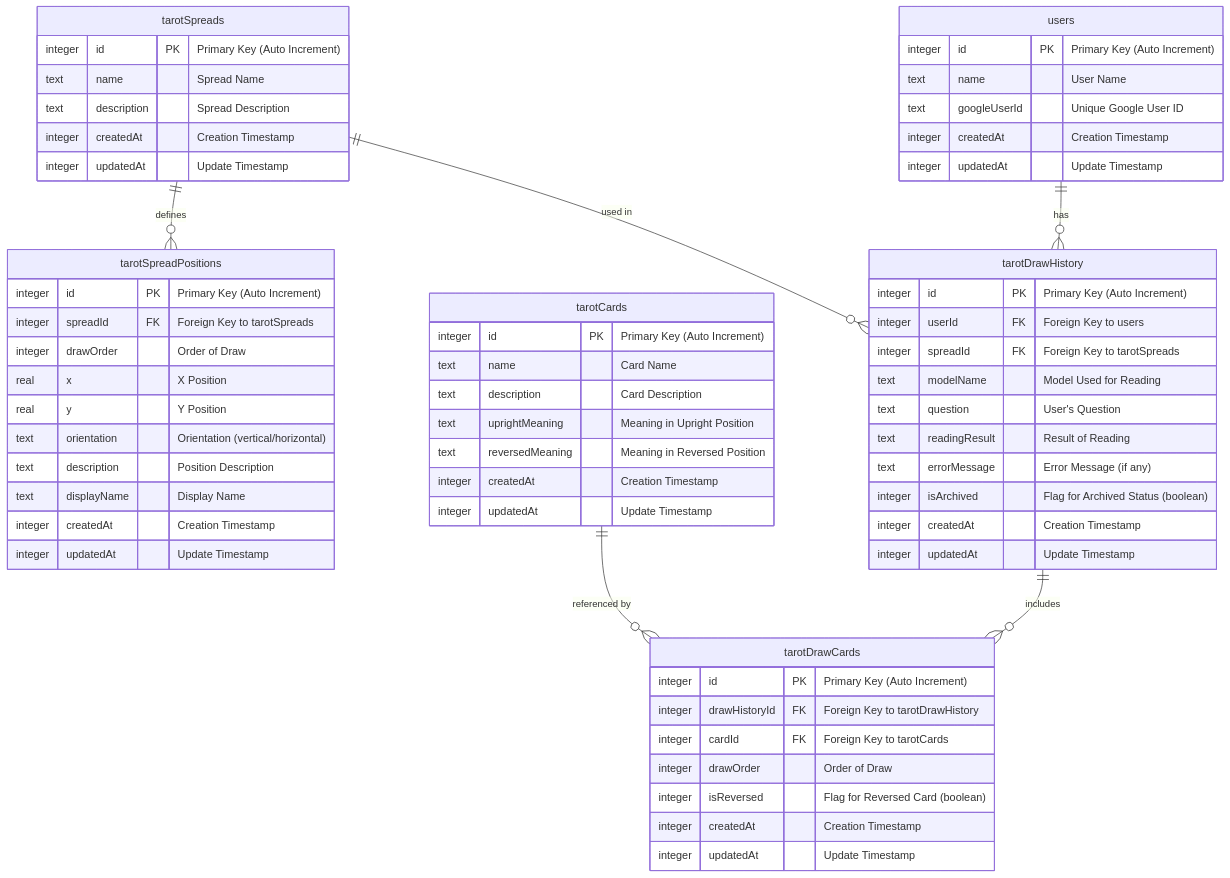
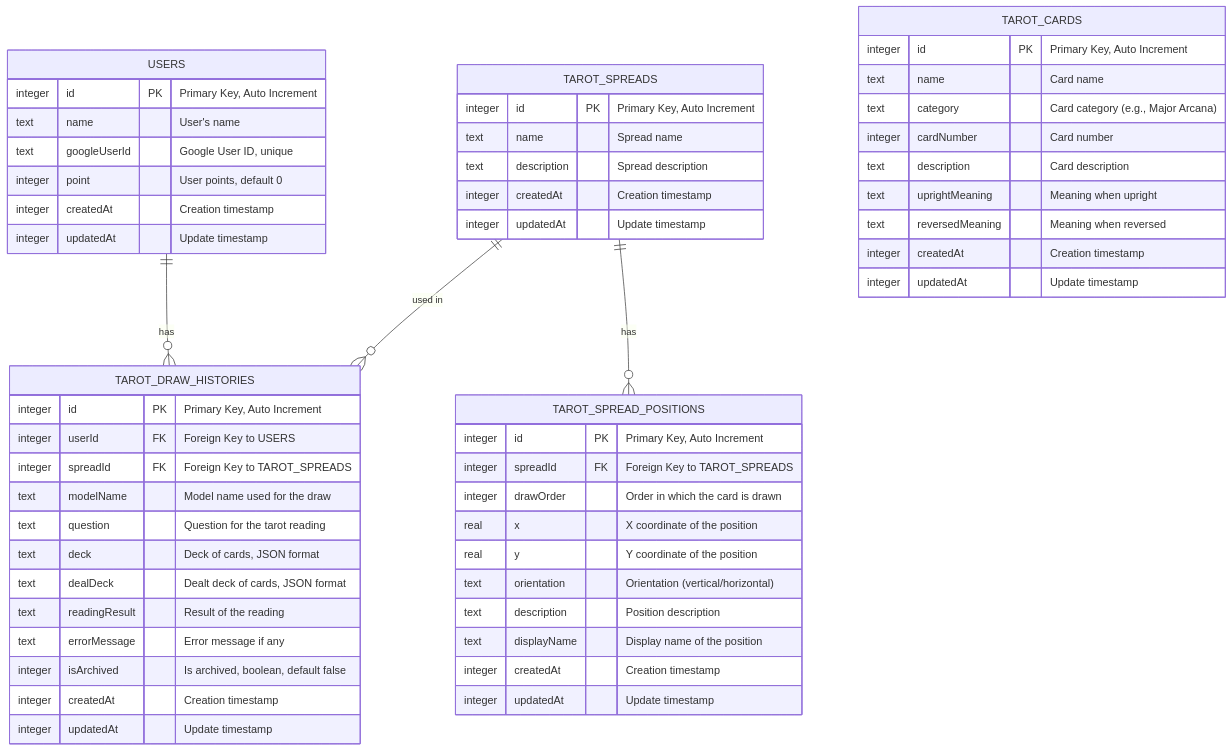
One commit to himanushi/ai-tarot changed the diagram in README.md. Above: the diagram before and after it, drawn with Mermaid. The commit also changed 1 other file, not shown here.

Commit message:
データベーススキーマの更新と修正

````diff
--- a/README.md
+++ b/README.md
@@ -1,72 +1,63 @@
 ```mermaid
 erDiagram
-    users {
-        integer id PK "Primary Key (Auto Increment)"
-        text name "User Name"
-        text googleUserId "Unique Google User ID"
-        integer createdAt "Creation Timestamp"
-        integer updatedAt "Update Timestamp"
+    USERS {
+        integer id PK "Primary Key, Auto Increment"
+        text name "User's name"
+        text googleUserId "Google User ID, unique"
+        integer point "User points, default 0"
+        integer createdAt "Creation timestamp"
+        integer updatedAt "Update timestamp"
     }
 
-    tarotSpreads {
-        integer id PK "Primary Key (Auto Increment)"
-        text name "Spread Name"
-        text description "Spread Description"
-        integer createdAt "Creation Timestamp"
-        integer updatedAt "Update Timestamp"
+    TAROT_SPREADS {
+        integer id PK "Primary Key, Auto Increment"
+        text name "Spread name"
+        text description "Spread description"
+        integer createdAt "Creation timestamp"
+        integer updatedAt "Update timestamp"
     }
 
-    tarotSpreadPositions {
-        integer id PK "Primary Key (Auto Increment)"
-        integer spreadId FK "Foreign Key to tarotSpreads"
-        integer drawOrder "Order of Draw"
-        real x "X Position"
-        real y "Y Position"
+    TAROT_SPREAD_POSITIONS {
+        integer id PK "Primary Key, Auto Increment"
+        integer spreadId FK "Foreign Key to TAROT_SPREADS"
+        integer drawOrder "Order in which the card is drawn"
+        real x "X coordinate of the position"
+        real y "Y coordinate of the position"
         text orientation "Orientation (vertical/horizontal)"
-        text description "Position Description"
-        text displayName "Display Name"
-        integer createdAt "Creation Timestamp"
-        integer updatedAt "Update Timestamp"
+        text description "Position description"
+        text displayName "Display name of the position"
+        integer createdAt "Creation timestamp"
+        integer updatedAt "Update timestamp"
     }
 
-    tarotCards {
-        integer id PK "Primary Key (Auto Increment)"
-        text name "Card Name"
-        text description "Card Description"
-        text uprightMeaning "Meaning in Upright Position"
-        text reversedMeaning "Meaning in Reversed Position"
-        integer createdAt "Creation Timestamp"
-        integer updatedAt "Update Timestamp"
+    TAROT_CARDS {
+        integer id PK "Primary Key, Auto Increment"
+        text name "Card name"
+        text category "Card category (e.g., Major Arcana)"
+        integer cardNumber "Card number"
+        text description "Card description"
+        text uprightMeaning "Meaning when upright"
+        text reversedMeaning "Meaning when reversed"
+        integer createdAt "Creation timestamp"
+        integer updatedAt "Update timestamp"
     }
 
-    tarotDrawHistory {
-        integer id PK "Primary Key (Auto Increment)"
-        integer userId FK "Foreign Key to users"
-        integer spreadId FK "Foreign Key to tarotSpreads"
-        text modelName "Model Used for Reading"
-        text question "User's Question"
-        text readingResult "Result of Reading"
-        text errorMessage "Error Message (if any)"
-        integer isArchived "Flag for Archived Status (boolean)"
-        integer createdAt "Creation Timestamp"
-        integer updatedAt "Update Timestamp"
+    TAROT_DRAW_HISTORIES {
+        integer id PK "Primary Key, Auto Increment"
+        integer userId FK "Foreign Key to USERS"
+        integer spreadId FK "Foreign Key to TAROT_SPREADS"
+        text modelName "Model name used for the draw"
+        text question "Question for the tarot reading"
+        text deck "Deck of cards, JSON format"
+        text dealDeck "Dealt deck of cards, JSON format"
+        text readingResult "Result of the reading"
+        text errorMessage "Error message if any"
+        integer isArchived "Is archived, boolean, default false"
+        integer createdAt "Creation timestamp"
+        integer updatedAt "Update timestamp"
     }
 
-    tarotDrawCards {
-        integer id PK "Primary Key (Auto Increment)"
-        integer drawHistoryId FK "Foreign Key to tarotDrawHistory"
-        integer cardId FK "Foreign Key to tarotCards"
-        integer drawOrder "Order of Draw"
-        integer isReversed "Flag for Reversed Card (boolean)"
-        integer createdAt "Creation Timestamp"
-        integer updatedAt "Update Timestamp"
-    }
-
-    %% Relationships
-    users ||--o{ tarotDrawHistory : "has"
-    tarotSpreads ||--o{ tarotSpreadPositions : "defines"
-    tarotSpreads ||--o{ tarotDrawHistory : "used in"
-    tarotDrawHistory ||--o{ tarotDrawCards : "includes"
-    tarotCards ||--o{ tarotDrawCards : "referenced by"
-
+    USERS ||--o{ TAROT_DRAW_HISTORIES : "has"
+    TAROT_SPREADS ||--o{ TAROT_SPREAD_POSITIONS : "has"
+    TAROT_SPREADS ||--o{ TAROT_DRAW_HISTORIES : "used in"
 ```
````
